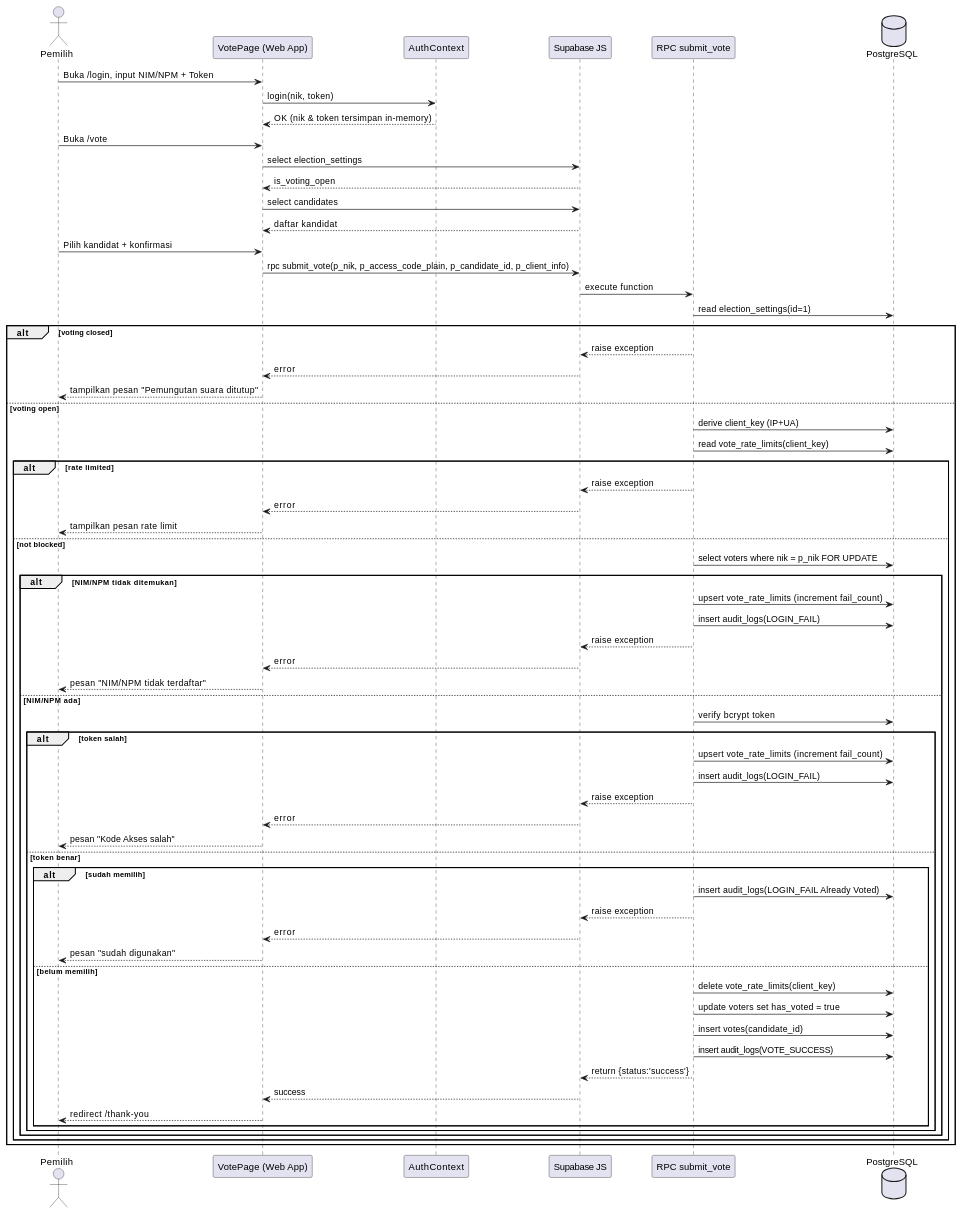
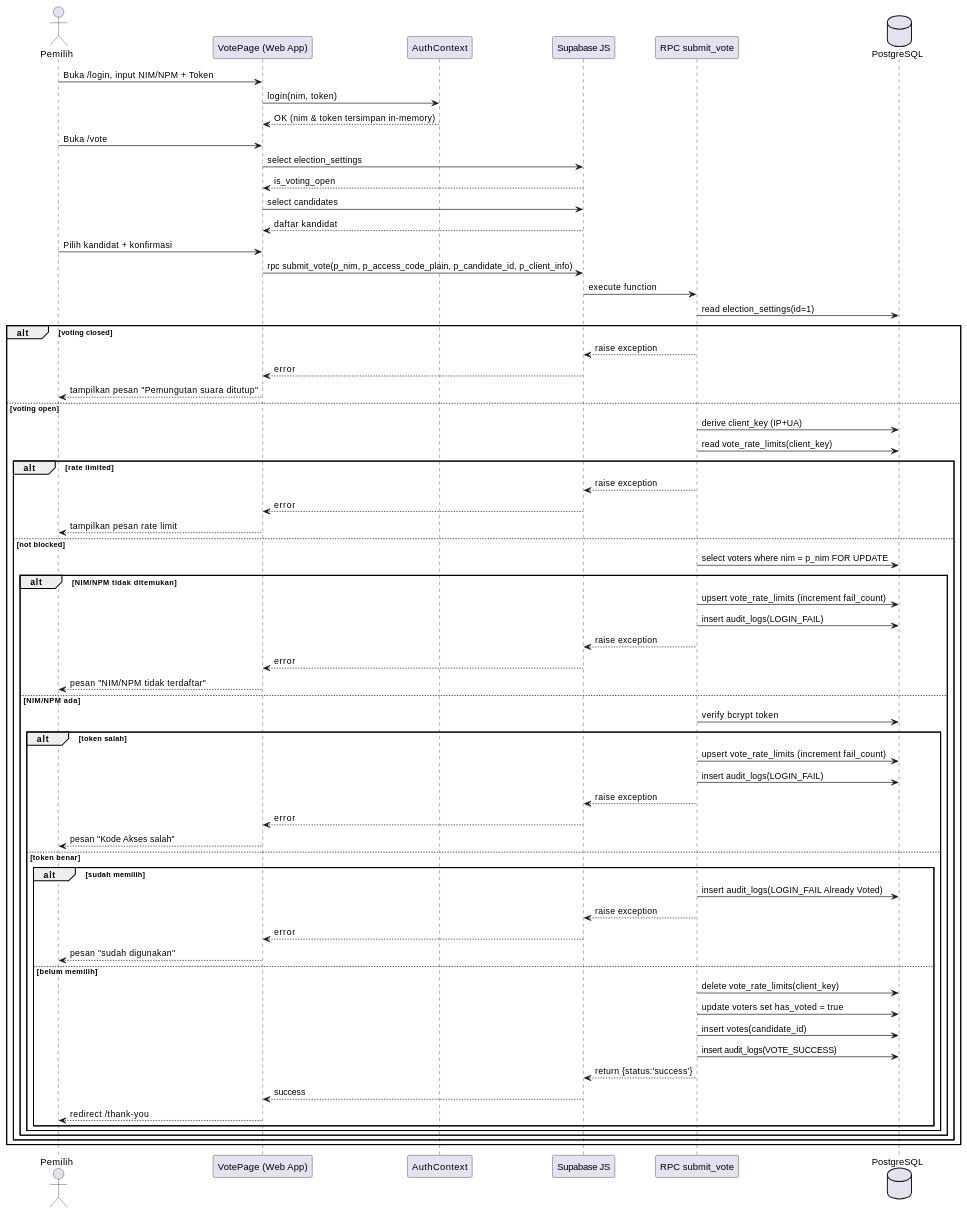
The third of 3 diagrams in UML-Flow.md (E1eng/pemira-unbara), drawn with PlantUML before and after one commit. The commit also changed other lines of this file and 9 other files, not shown here.

Commit message:
fix database nik to nim

````diff
--- a/UML-Flow.md
+++ b/UML-Flow.md
@@ -434,72 +434,72 @@
 ```plantuml
 @startuml
 actor Pemilih
 participant "VotePage (Web App)" as UI
 participant "AuthContext" as Auth
 participant "Supabase JS" as SB
 participant "RPC submit_vote" as RPC
 database "PostgreSQL" as DB
 
 Pemilih -> UI: Buka /login, input NIM/NPM + Token
-UI -> Auth: login(nik, token)
-Auth --> UI: OK (nik & token tersimpan in-memory)
+UI -> Auth: login(nim, token)
+Auth --> UI: OK (nim & token tersimpan in-memory)
 
 Pemilih -> UI: Buka /vote
 UI -> SB: select election_settings
 SB --> UI: is_voting_open
 UI -> SB: select candidates
 SB --> UI: daftar kandidat
 
 Pemilih -> UI: Pilih kandidat + konfirmasi
-UI -> SB: rpc submit_vote(p_nik, p_access_code_plain, p_candidate_id, p_client_info)
+UI -> SB: rpc submit_vote(p_nim, p_access_code_plain, p_candidate_id, p_client_info)
 SB -> RPC: execute function
 
 RPC -> DB: read election_settings(id=1)
 alt voting closed
   RPC --> SB: raise exception
   SB --> UI: error
   UI --> Pemilih: tampilkan pesan "Pemungutan suara ditutup"
 else voting open
   RPC -> DB: derive client_key (IP+UA)
   RPC -> DB: read vote_rate_limits(client_key)
   alt rate limited
     RPC --> SB: raise exception
     SB --> UI: error
     UI --> Pemilih: tampilkan pesan rate limit
   else not blocked
-    RPC -> DB: select voters where nik = p_nik FOR UPDATE
+    RPC -> DB: select voters where nim = p_nim FOR UPDATE
     alt NIM/NPM tidak ditemukan
       RPC -> DB: upsert vote_rate_limits (increment fail_count)
       RPC -> DB: insert audit_logs(LOGIN_FAIL)
       RPC --> SB: raise exception
       SB --> UI: error
       UI --> Pemilih: pesan "NIM/NPM tidak terdaftar"
     else NIM/NPM ada
       RPC -> DB: verify bcrypt token
       alt token salah
         RPC -> DB: upsert vote_rate_limits (increment fail_count)
         RPC -> DB: insert audit_logs(LOGIN_FAIL)
         RPC --> SB: raise exception
         SB --> UI: error
         UI --> Pemilih: pesan "Kode Akses salah"
       else token benar
         alt sudah memilih
           RPC -> DB: insert audit_logs(LOGIN_FAIL Already Voted)
           RPC --> SB: raise exception
           SB --> UI: error
           UI --> Pemilih: pesan "sudah digunakan"
         else belum memilih
           RPC -> DB: delete vote_rate_limits(client_key)
           RPC -> DB: update voters set has_voted = true
           RPC -> DB: insert votes(candidate_id)
           RPC -> DB: insert audit_logs(VOTE_SUCCESS)
           RPC --> SB: return {status:'success'}
           SB --> UI: success
           UI --> Pemilih: redirect /thank-you
         end
       end
     end
   end
 end
 @enduml
 ```
````
